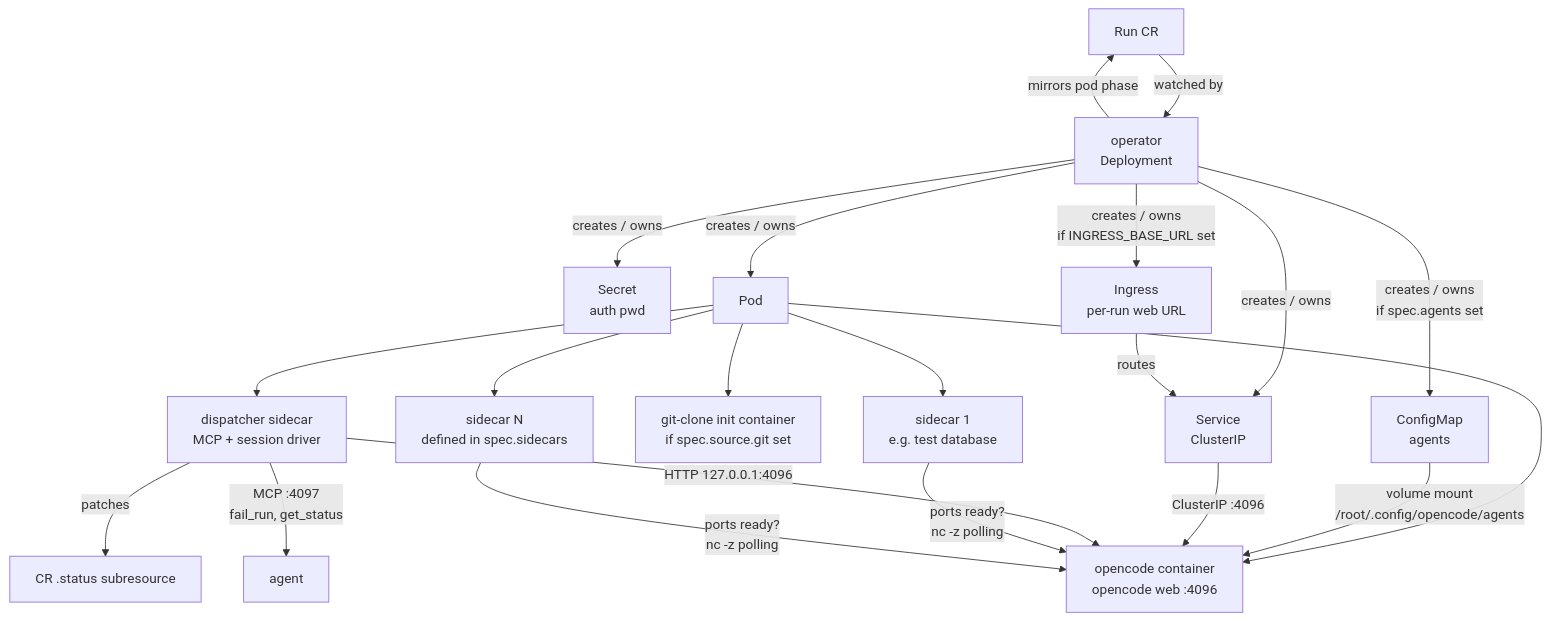
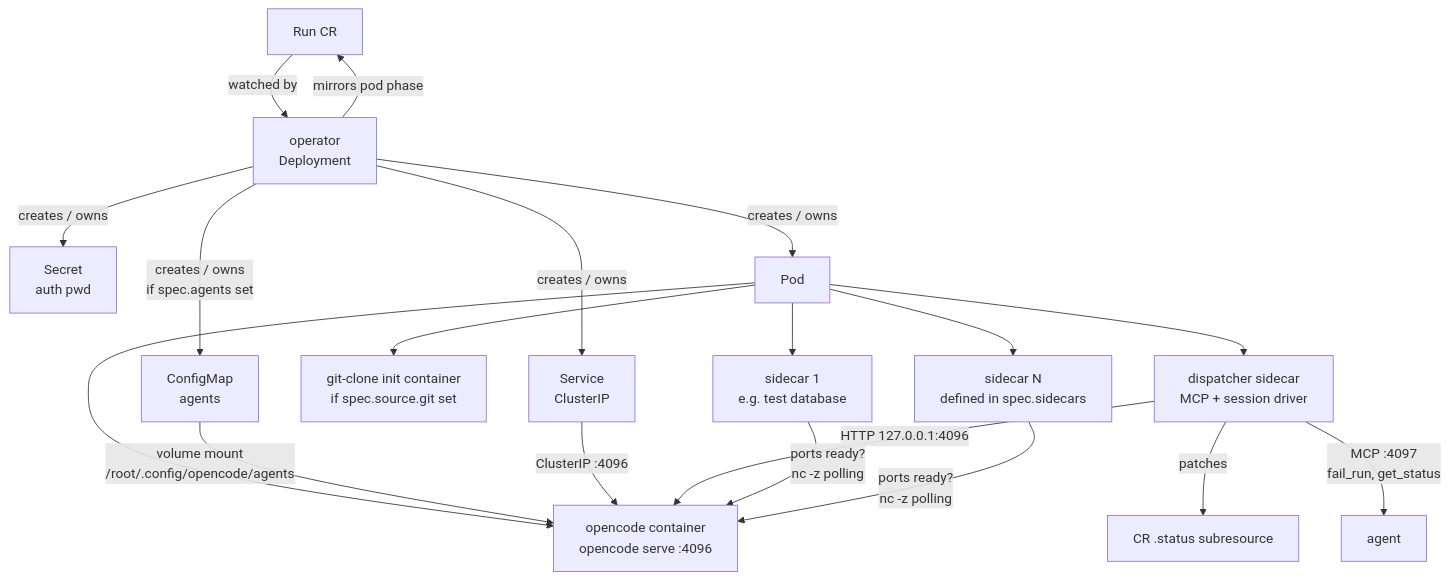
Before and after one commit to erkkaha/percussionist: the first of 7 diagrams in README.md, drawn with Mermaid. The commit also changed other lines of this file, not shown here.

First line of the commit message:
docs: remove stale per-run web UI section and fix run-pod architecture prose

````diff
--- a/README.md
+++ b/README.md
@@ -205,30 +205,28 @@
 ```mermaid
 flowchart TD
     CR[Run CR]
 
     CR -->|watched by| OP[operator\nDeployment]
 
     OP -->|creates / owns| SEC[Secret\nauth pwd]
     OP -->|creates / owns| SVC[Service\nClusterIP]
     OP -->|creates / owns| POD[Pod]
     OP -->|creates / owns\nif spec.agents set| AGCM[ConfigMap\nagents]
-    OP -->|creates / owns\nif INGRESS_BASE_URL set| ING[Ingress\nper-run web URL]
     OP -->|mirrors pod phase| CR
 
     POD --> INIT[git-clone init container\nif spec.source.git set]
-    POD --> OC[opencode container\nopencode web :4096]
+    POD --> OC[opencode container\nopencode serve :4096]
     POD --> DISP[dispatcher sidecar\nMCP + session driver]
     POD --> SC1[sidecar 1\ne.g. test database]
     POD --> SC2[sidecar N\ndefined in spec.sidecars]
 
     AGCM -->|volume mount\n/root/.config/opencode/agents| OC
-    ING -->|routes| SVC
     SVC -->|ClusterIP :4096| OC
 
     DISP -->|HTTP 127.0.0.1:4096| OC
     DISP -->|patches| STATUS[CR .status subresource]
     DISP -->|MCP :4097\nfail_run, get_status| AGENT[agent]
 
     SC1 -->|ports ready?\nnc -z polling| OC
     SC2 -->|ports ready?\nnc -z polling| OC
 ```
````
